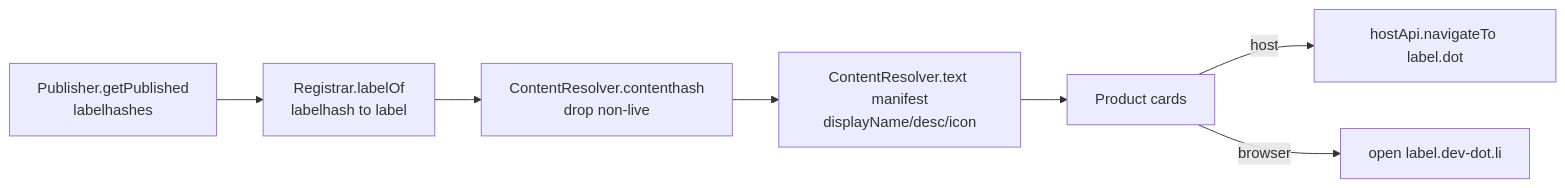
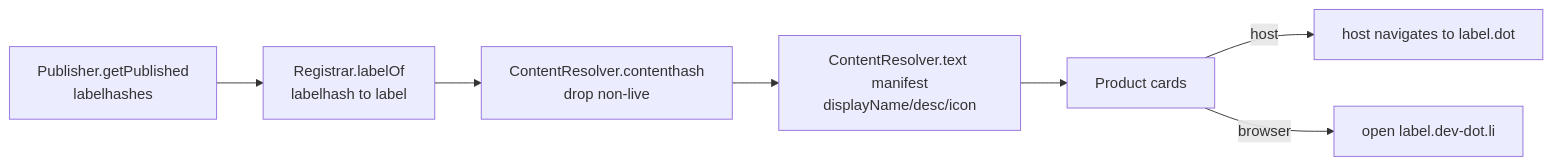
Before and after one commit to Polkadot-Community-Foundation/polkadot-app-docs: the second of 2 diagrams in docs/architecture/discovery.md, drawn with Mermaid. The commit also changed other lines of this file and 42 other files, not shown here.

````diff
--- a/docs/architecture/discovery.md
+++ b/docs/architecture/discovery.md
@@ -100,9 +95,9 @@
 ```mermaid
 flowchart LR
   P["Publisher.getPublished<br/>labelhashes"] --> L["Registrar.labelOf<br/>labelhash to label"]
   L --> C["ContentResolver.contenthash<br/>drop non-live"]
   C --> M["ContentResolver.text manifest<br/>displayName/desc/icon"]
   M --> UI[Product cards]
-  UI -->|host| H["hostApi.navigateTo label.dot"]
+  UI -->|host| H["host navigates to label.dot"]
   UI -->|browser| W["open label.dev-dot.li"]
 ```
````
